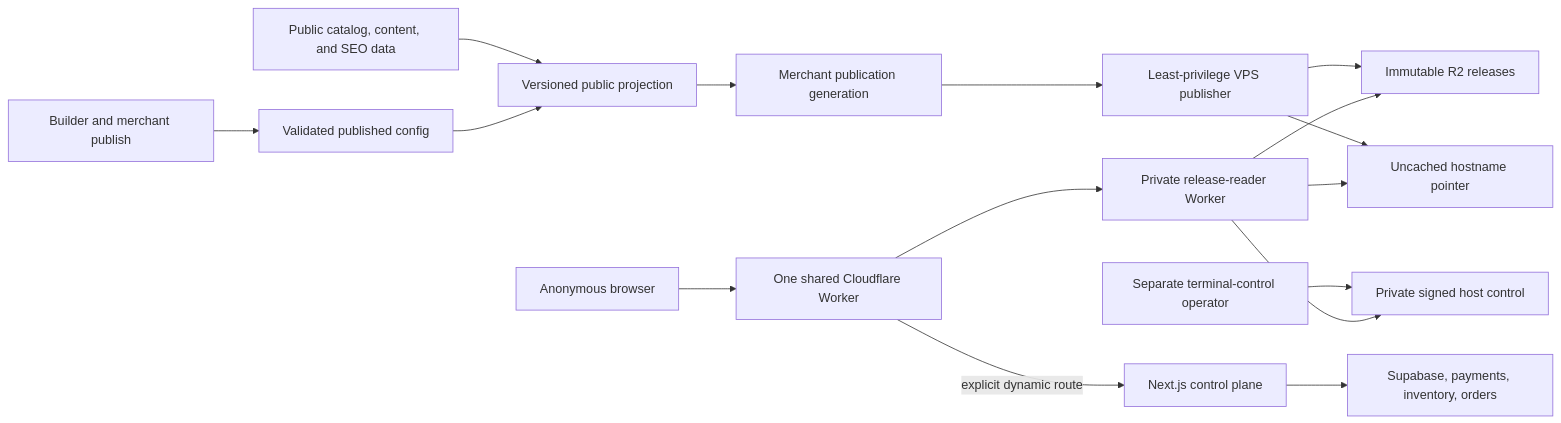
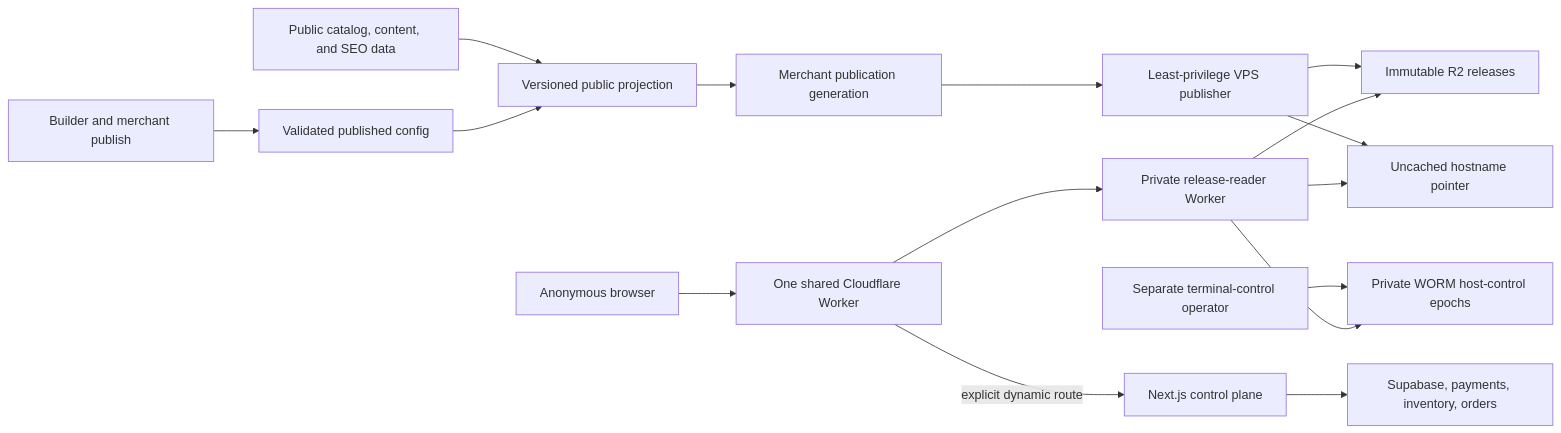
One commit to Ogabassey-Services-Limited/Baci changed the diagram in docs/superpowers/plans/2026-08-05-multi-tenant-edge-storefront-delivery.md. Above: the diagram before and after it, drawn with Mermaid. The commit also changed other lines of this file, not shown here.

````diff
--- a/docs/superpowers/plans/2026-08-05-multi-tenant-edge-storefront-delivery.md
+++ b/docs/superpowers/plans/2026-08-05-multi-tenant-edge-storefront-delivery.md
@@ -42,18 +44,18 @@
 ```mermaid
 flowchart LR
   Builder["Builder and merchant publish"] --> Published["Validated published config"]
   Catalog["Public catalog, content, and SEO data"] --> Projection["Versioned public projection"]
   Published --> Projection
   Projection --> Queue["Merchant publication generation"]
   Queue --> Publisher["Least-privilege VPS publisher"]
   Publisher --> Releases["Immutable R2 releases"]
   Publisher --> Pointer["Uncached hostname pointer"]
-  Terminal["Separate terminal-control operator"] --> Control["Private signed host control"]
+  Terminal["Separate terminal-control operator"] --> Control["Private WORM host-control epochs"]
   Browser["Anonymous browser"] --> Worker["One shared Cloudflare Worker"]
   Worker --> Reader["Private release-reader Worker"]
   Reader --> Control
   Reader --> Pointer
   Reader --> Releases
   Worker -->|"explicit dynamic route"| Origin["Next.js control plane"]
   Origin --> Commerce["Supabase, payments, inventory, orders"]
 ```
````
